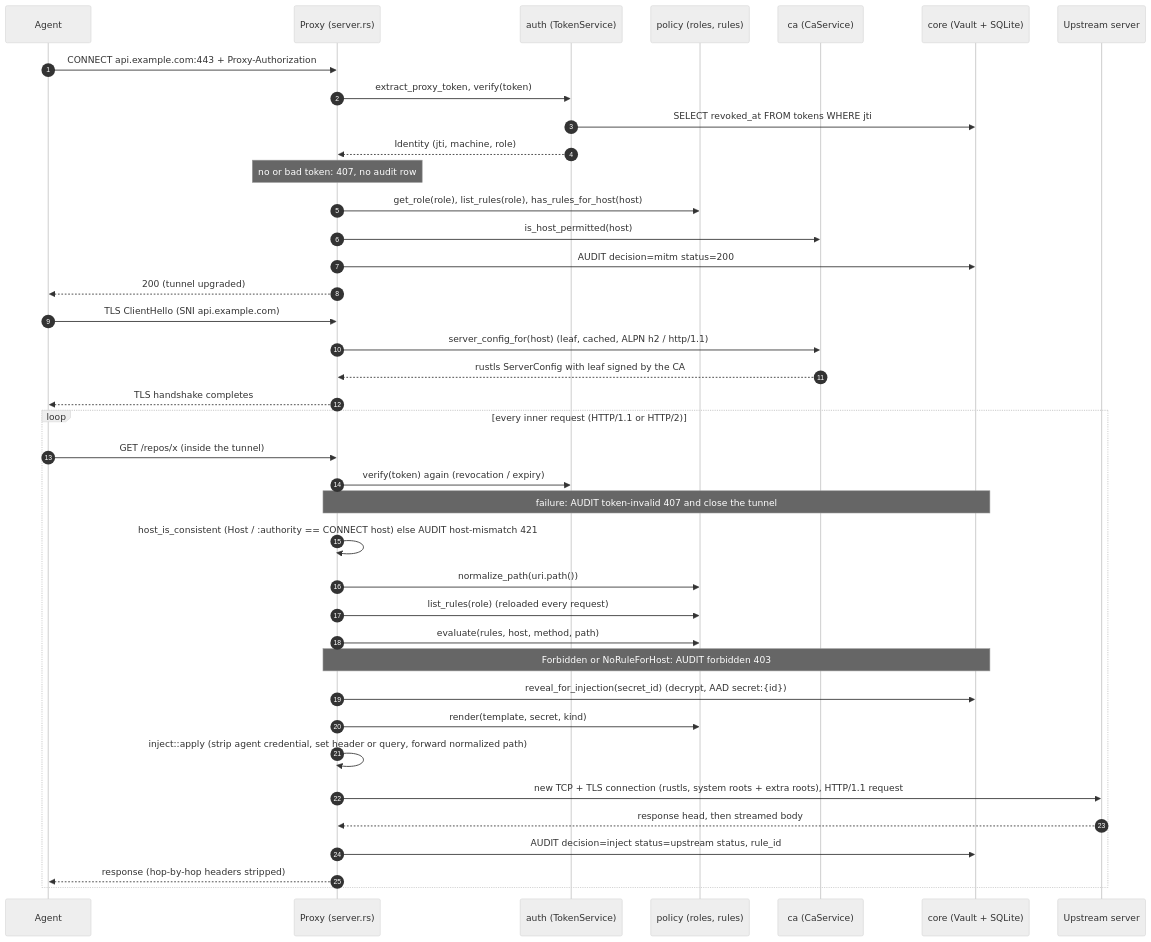
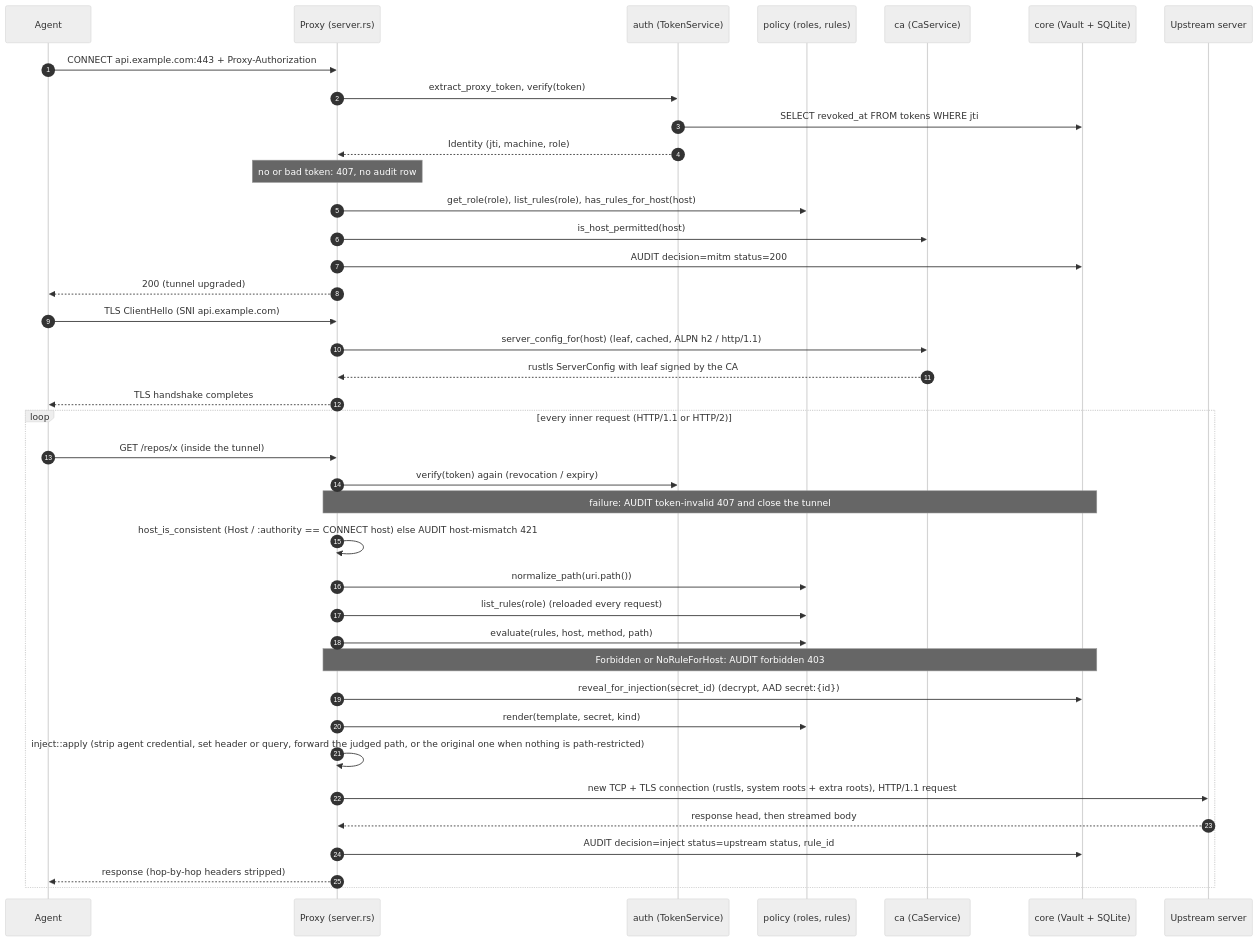
One commit to javanton/secret-custodian changed the third of 3 diagrams in docs/architecture.md. Above: the diagram before and after it, drawn with Mermaid (neutral theme). The commit also changed other lines of this file and 5 other files, not shown here.

````diff
--- a/docs/architecture.md
+++ b/docs/architecture.md
@@ -151,43 +151,43 @@
 ```mermaid
 sequenceDiagram
     autonumber
     participant A as Agent
     participant P as Proxy (server.rs)
     participant Au as auth (TokenService)
     participant Po as policy (roles, rules)
     participant C as ca (CaService)
     participant V as core (Vault + SQLite)
     participant U as Upstream server
 
     A->>P: CONNECT api.example.com:443 + Proxy-Authorization
     P->>Au: extract_proxy_token, verify(token)
     Au->>V: SELECT revoked_at FROM tokens WHERE jti
     Au-->>P: Identity (jti, machine, role)
     Note over P: no or bad token: 407, no audit row
     P->>Po: get_role(role), list_rules(role), has_rules_for_host(host)
     P->>C: is_host_permitted(host)
     P->>V: AUDIT decision=mitm status=200
     P-->>A: 200 (tunnel upgraded)
     A->>P: TLS ClientHello (SNI api.example.com)
     P->>C: server_config_for(host) (leaf, cached, ALPN h2 / http/1.1)
     C-->>P: rustls ServerConfig with leaf signed by the CA
     P-->>A: TLS handshake completes
 
     loop every inner request (HTTP/1.1 or HTTP/2)
         A->>P: GET /repos/x (inside the tunnel)
         P->>Au: verify(token) again (revocation / expiry)
         Note over P,V: failure: AUDIT token-invalid 407 and close the tunnel
         P->>P: host_is_consistent (Host / :authority == CONNECT host) else AUDIT host-mismatch 421
         P->>Po: normalize_path(uri.path())
         P->>Po: list_rules(role) (reloaded every request)
         P->>Po: evaluate(rules, host, method, path)
         Note over P,V: Forbidden or NoRuleForHost: AUDIT forbidden 403
         P->>V: reveal_for_injection(secret_id) (decrypt, AAD secret:{id})
         P->>Po: render(template, secret, kind)
-        P->>P: inject::apply (strip agent credential, set header or query, forward normalized path)
+        P->>P: inject::apply (strip agent credential, set header or query, forward the judged path, or the original one when nothing is path-restricted)
         P->>U: new TCP + TLS connection (rustls, system roots + extra roots), HTTP/1.1 request
         U-->>P: response head, then streamed body
         P->>V: AUDIT decision=inject status=upstream status, rule_id
         P-->>A: response (hop-by-hop headers stripped)
     end
 ```
````
